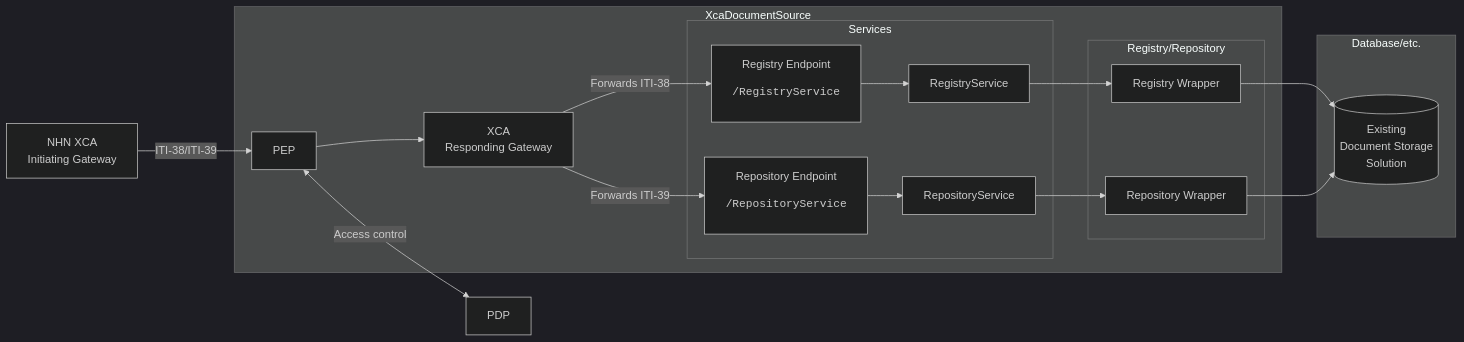
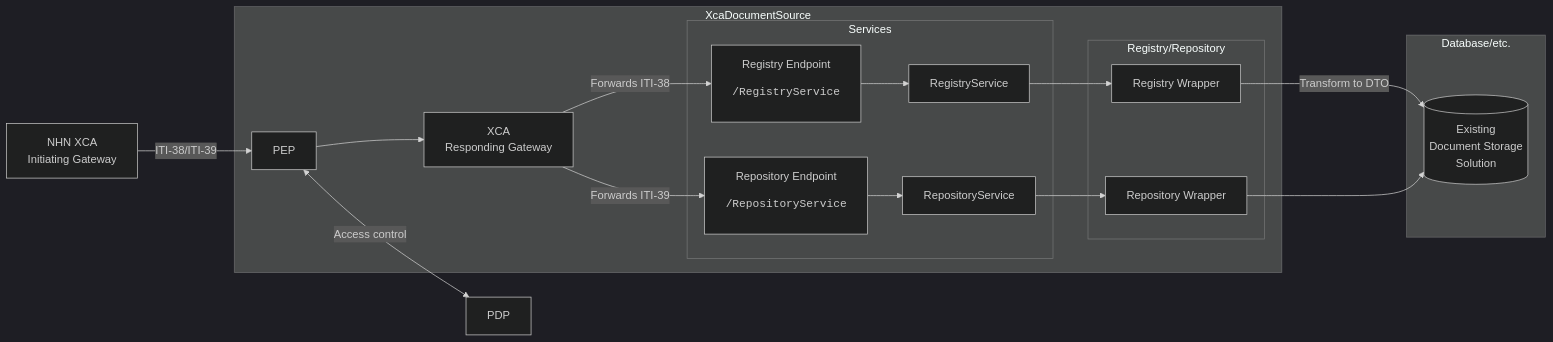
One commit to timmo-nhn/XcaDocumentSource changed the second of 3 diagrams in Docs/TechnicalImplementation.md. Above: the diagram before and after it, drawn with Mermaid. The commit also changed other lines of this file and 7 other files, not shown here.

````diff
--- a/Docs/TechnicalImplementation.md
+++ b/Docs/TechnicalImplementation.md
@@ -66,43 +67,43 @@
 ```mermaid
 %%{init: {'theme':'dark'}}%%
 
 flowchart LR
 
 nhnxca[NHN XCA <br> Initiating Gateway]
 
 subgraph "XcaDocumentSource"
     pep[PEP]
     xcares[XCA <br> Responding Gateway]
     subgraph "Services"
-        regep[Registry Endpoint<br><pre>/RegistryService</pre>]
-        repep[Repository Endpoint<br><pre>/RepositoryService</pre>]
+        regep[Registry Endpoint<br><pre>/RegistryService]
+        repep[Repository Endpoint<br><pre>/RepositoryService]
         regs[RegistryService]
         reps[RepositoryService]
     end
 
     subgraph "Registry/Repository"
         regw[Registry Wrapper]
         repw[Repository Wrapper]
     end
 end
 subgraph "Database/etc."
     regrepdb[(Existing <br>Document Storage <br>Solution)]
 end
 
 nhnxca--ITI-38/ITI-39-->pep
 
 pep-->xcares
 pep<--Access control-->PDP
 
 xcares --Forwards ITI-38--> regep
 xcares --Forwards ITI-39--> repep
 
 regep --> regs
 repep --> reps
 
 regs --> regw
 reps --> repw
-regw-->regrepdb
+regw--Transform to DTO-->regrepdb
 repw-->regrepdb
 
 ```
````
